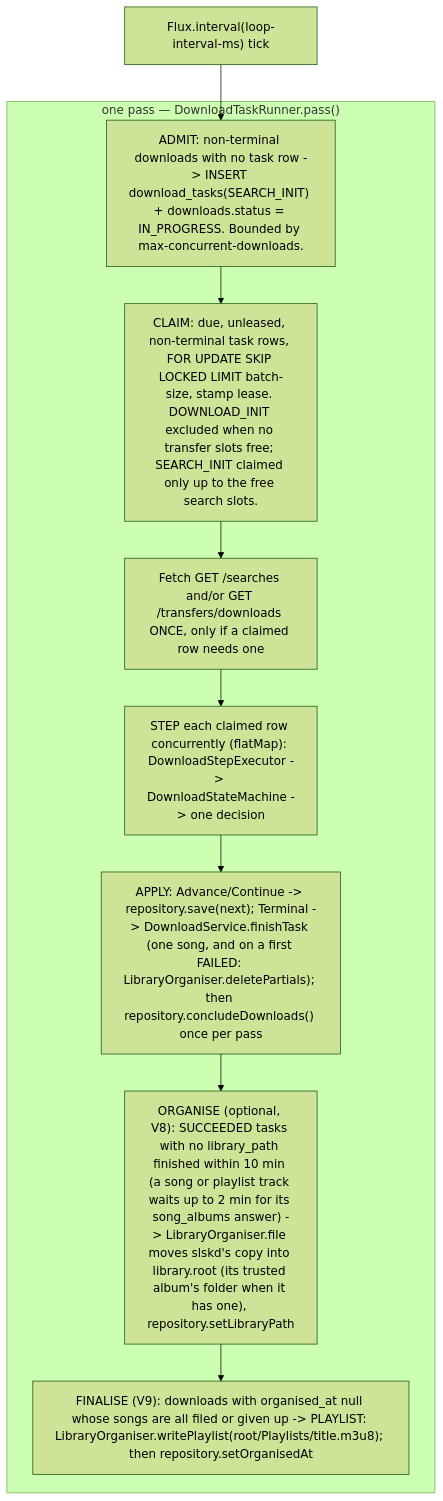
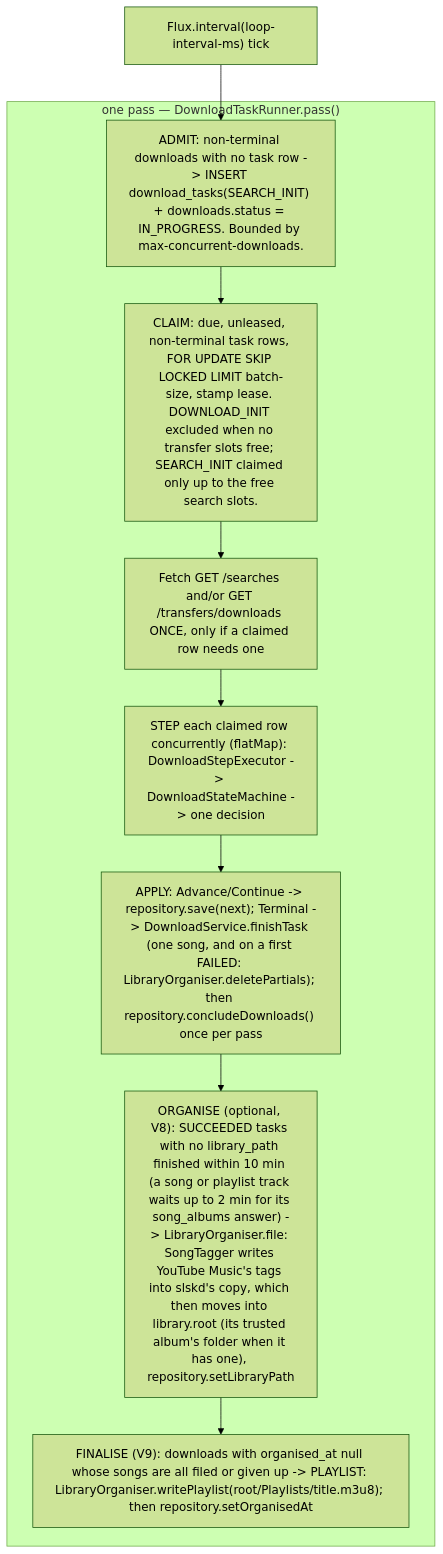
One commit to catacomb5099/naviseerr changed the diagram in docs/architecture/download-manager.md. Above: the diagram before and after it, drawn with Mermaid (forest theme). The commit also changed other lines of this file and 18 other files, not shown here.

First line of the commit message:
feat(AI): finished songs carry YouTube Music's details in their tags

````diff
--- a/docs/architecture/download-manager.md
+++ b/docs/architecture/download-manager.md
@@ -18,13 +18,13 @@
 ```mermaid
 flowchart TD
     tick["Flux.interval(loop-interval-ms) tick"] --> admit
     subgraph pass ["one pass — DownloadTaskRunner.pass()"]
       admit["ADMIT: non-terminal downloads with no task row -> INSERT download_tasks(SEARCH_INIT) + downloads.status = IN_PROGRESS. Bounded by max-concurrent-downloads."]
       admit --> claim["CLAIM: due, unleased, non-terminal task rows, FOR UPDATE SKIP LOCKED LIMIT batch-size, stamp lease. DOWNLOAD_INIT excluded when no transfer slots free; SEARCH_INIT claimed only up to the free search slots."]
       claim --> fetch["Fetch GET /searches and/or GET /transfers/downloads ONCE, only if a claimed row needs one"]
       fetch --> step["STEP each claimed row concurrently (flatMap): DownloadStepExecutor -> DownloadStateMachine -> one decision"]
       step --> apply["APPLY: Advance/Continue -> repository.save(next); Terminal -> DownloadService.finishTask (one song, and on a first FAILED: LibraryOrganiser.deletePartials); then repository.concludeDownloads() once per pass"]
-      apply --> organise["ORGANISE (optional, V8): SUCCEEDED tasks with no library_path finished within 10 min (a song or playlist track waits up to 2 min for its song_albums answer) -> LibraryOrganiser.file moves slskd's copy into library.root (its trusted album's folder when it has one), repository.setLibraryPath"]
+      apply --> organise["ORGANISE (optional, V8): SUCCEEDED tasks with no library_path finished within 10 min (a song or playlist track waits up to 2 min for its song_albums answer) -> LibraryOrganiser.file: SongTagger writes YouTube Music's tags into slskd's copy, which then moves into library.root (its trusted album's folder when it has one), repository.setLibraryPath"]
       organise --> finalise["FINALISE (V9): downloads with organised_at null whose songs are all filed or given up -> PLAYLIST: LibraryOrganiser.writePlaylist(root/Playlists/title.m3u8); then repository.setOrganisedAt"]
     end
 ```
````
